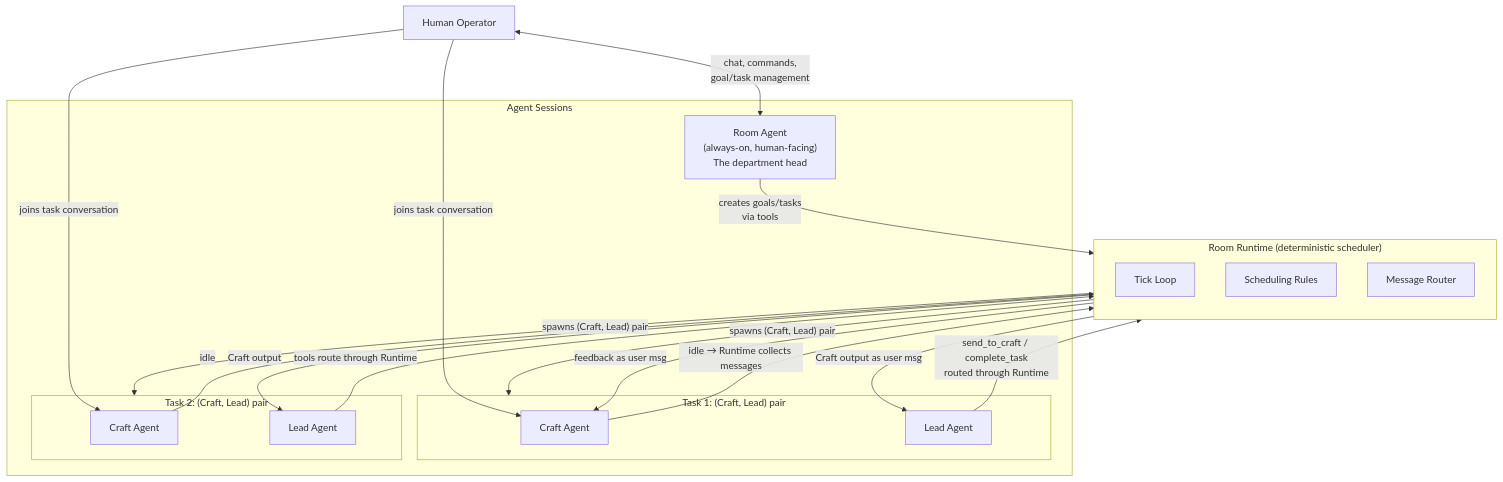
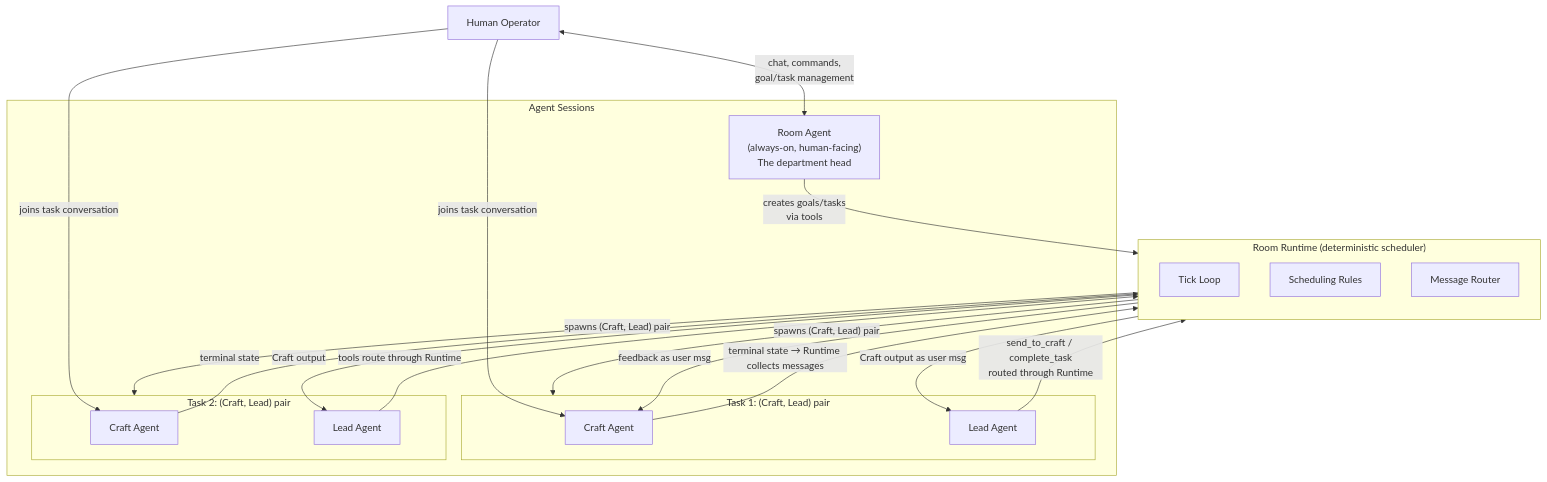
Before and after one commit to lsm/neokai: the fourth of 7 diagrams in docs/design/room-runtime-spec.md, drawn with Mermaid. The commit also changed other lines of this file, not shown here.

First line of the commit message:
docs: update room runtime spec to v0.5 — resolve review gaps

````diff
--- a/docs/design/room-runtime-spec.md
+++ b/docs/design/room-runtime-spec.md
@@ -217,39 +217,39 @@
 ```mermaid
 graph TB
     subgraph Room["Room Runtime (deterministic scheduler)"]
         direction TB
         Tick[Tick Loop]
         Rules[Scheduling Rules]
         Router[Message Router]
     end
 
     subgraph Agents["Agent Sessions"]
         RoomAgent["Room Agent<br/>(always-on, human-facing)<br/>The department head"]
 
         subgraph Task1["Task 1: (Craft, Lead) pair"]
             Craft1["Craft Agent"]
             Lead1["Lead Agent"]
         end
 
         subgraph Task2["Task 2: (Craft, Lead) pair"]
             Craft2["Craft Agent"]
             Lead2["Lead Agent"]
         end
     end
 
     Human["Human Operator"]
 
     Human <-->|"chat, commands,<br/>goal/task management"| RoomAgent
     RoomAgent -->|"creates goals/tasks<br/>via tools"| Room
     Room -->|"spawns (Craft, Lead) pair"| Task1
     Room -->|"spawns (Craft, Lead) pair"| Task2
-    Craft1 -->|"idle → Runtime collects messages"| Room
+    Craft1 -->|"terminal state → Runtime collects messages"| Room
     Room -->|"Craft output as user msg"| Lead1
     Lead1 -->|"send_to_craft / complete_task<br/>routed through Runtime"| Room
     Room -->|"feedback as user msg"| Craft1
-    Craft2 -->|idle| Room
+    Craft2 -->|terminal state| Room
     Room -->|"Craft output"| Lead2
     Lead2 -->|"tools route through Runtime"| Room
     Human -->|"joins task conversation"| Craft1
     Human -->|"joins task conversation"| Craft2
 ```
````
